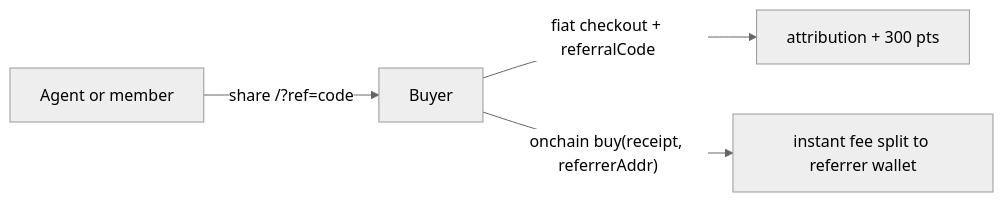
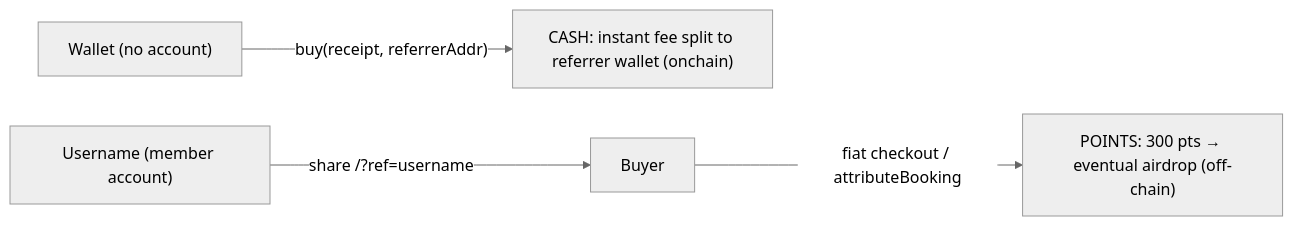
One commit to kibagateaux/zucity-api-docs changed the fourth of 5 diagrams in api.md. Above: the diagram before and after it, drawn with Mermaid (neutral theme). The commit also changed other lines of this file and 8 other files, not shown here.

````diff
--- a/api.md
+++ b/api.md
@@ -252,6 +283,6 @@
 ```mermaid
 flowchart LR
-    A[Agent or member] -->|"share /?ref=code"| U[Buyer]
-    U -->|fiat checkout + referralCode| F["attribution + 300 pts"]
-    U -->|"onchain buy(receipt, referrerAddr)"| O["instant fee split to referrer wallet"]
+    W["Wallet (no account)"] -->|"buy(receipt, referrerAddr)"| O["CASH: instant fee split to referrer wallet (onchain)"]
+    N["Username (member account)"] -->|"share /?ref=username"| U[Buyer]
+    U -->|"fiat checkout / attributeBooking"| F["POINTS: 300 pts → eventual airdrop (off-chain)"]
 ```
````
